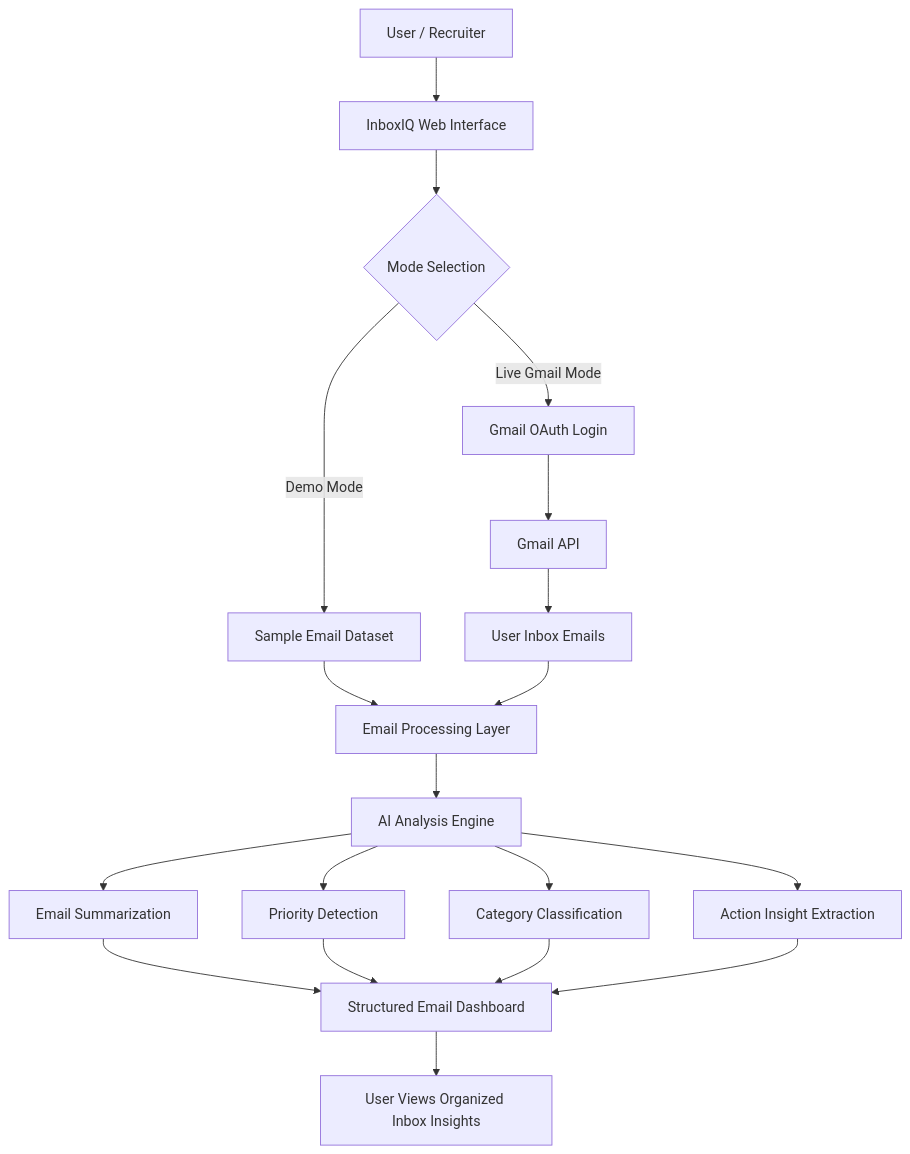
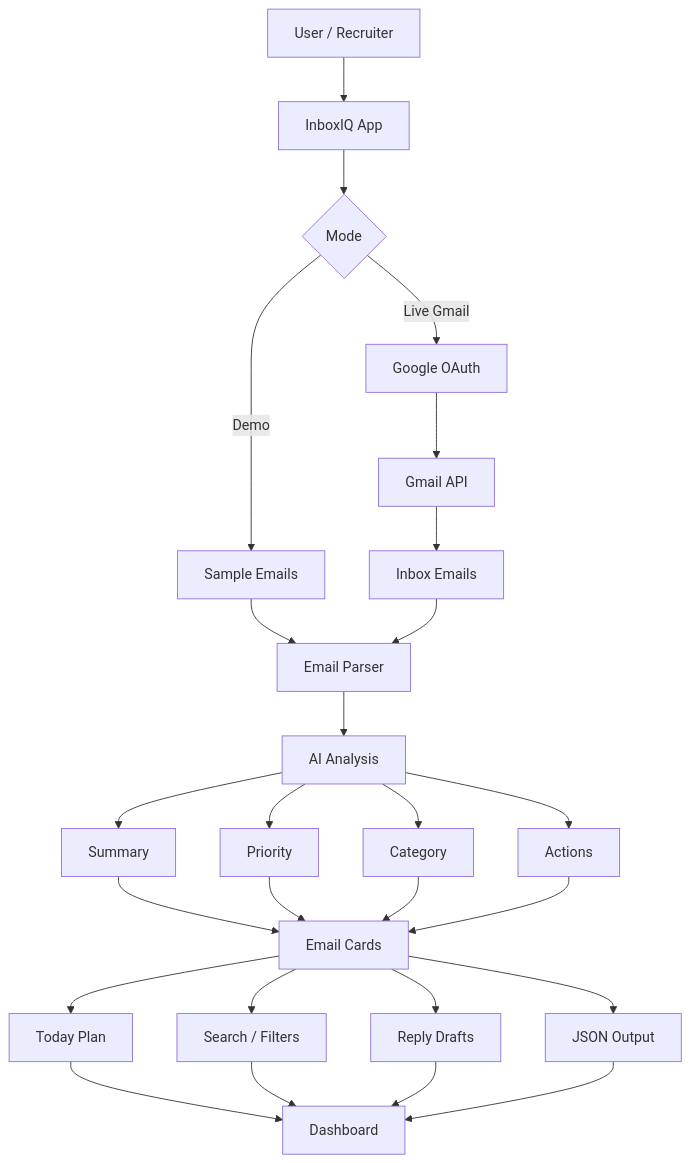
Before and after one commit to opchristian/InboxIQ: the diagram in README.md, drawn with Mermaid. The commit also changed other lines of this file, not shown here.

Commit message:
Update README with current features and clearer architecture

````diff
--- a/README.md
+++ b/README.md
@@ -27,27 +27,35 @@
 ```mermaid
 flowchart TD
-    A[User / Recruiter] --> B[InboxIQ Web Interface]
-    B --> C{Mode Selection}
+    A[User / Recruiter] --> B[InboxIQ App]
+    B --> C{Mode}
 
-    C -->|Demo Mode| D[Sample Email Dataset]
-    C -->|Live Gmail Mode| E[Gmail OAuth Login]
+    C -->|Demo| D[Sample Emails]
+    C -->|Live Gmail| E[Google OAuth]
+    E --> F[Gmail API]
+    F --> G[Inbox Emails]
 
-    E --> F[Gmail API]
-    F --> G[User Inbox Emails]
-
-    D --> H[Email Processing Layer]
+    D --> H[Email Parser]
     G --> H
 
-    H --> I[AI Analysis Engine]
-    I --> J[Email Summarization]
-    I --> K[Priority Detection]
-    I --> L[Category Classification]
-    I --> M[Action Insight Extraction]
+    H --> I[AI Analysis]
 
-    J --> N[Structured Email Dashboard]
+    I --> J[Summary]
+    I --> K[Priority]
+    I --> L[Category]
+    I --> M[Actions]
+
+    J --> N[Email Cards]
     K --> N
     L --> N
     M --> N
 
-    N --> O[User Views Organized Inbox Insights]
+    N --> O[Today Plan]
+    N --> P[Search / Filters]
+    N --> Q[Reply Drafts]
+    N --> R[JSON Output]
+
+    O --> S[Dashboard]
+    P --> S
+    Q --> S
+    R --> S
 ```
````
